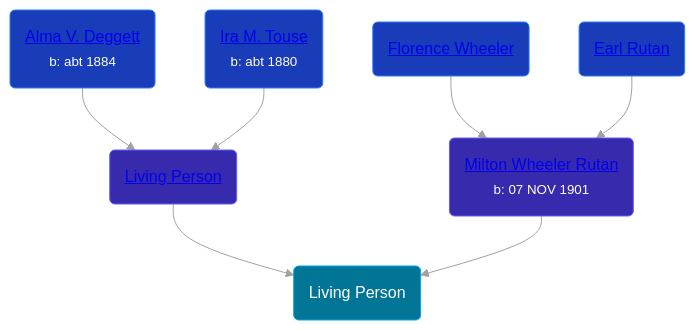
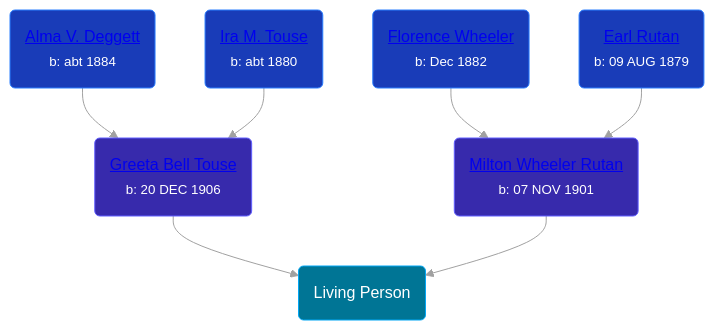
One commit to wpmgotkh/wpmgotkh.github.io changed the diagram in pages/people/5/53455468.md. Above: the diagram before and after it, drawn with Mermaid. The commit also changed other lines of this file and 56 other files, not shown here.

````diff
--- a/pages/people/5/53455468.md
+++ b/pages/people/5/53455468.md
@@ -10,14 +10,14 @@
 ```mermaid
 graph
 classDef grands fill:#193cb8,stroke:#2b7fff,stroke-width:1px,color:#fff;
 classDef parents fill:#372aac,stroke:#615fff,stroke-width:1px,color:#fff;
 classDef primary fill:#007595,stroke:#00a6f4,stroke-width:1px,color:#fff;
 53455468(Living Person):::primary
-61135838(<a class="text-white" href="/people/6/61135838">Living Person</a>):::parents-->53455468
+61135838(<a class="text-white" href="/people/6/61135838">Greeta Bell Touse</a><br /><small>b: 20 DEC 1906</small>):::parents-->53455468
 42271632(<a class="text-white" href="/people/4/42271632">Alma V. Deggett</a><br /><small>b: abt 1884</small>):::grands-->61135838
 43588740(<a class="text-white" href="/people/4/43588740">Ira M. Touse</a><br /><small>b: abt 1880</small>):::grands-->61135838
 20825556(<a class="text-white" href="/people/2/20825556">Milton Wheeler Rutan</a><br /><small>b: 07 NOV 1901</small>):::parents-->53455468
-48964520(<a class="text-white" href="/people/4/48964520">Florence Wheeler</a>):::grands-->20825556
-29949376(<a class="text-white" href="/people/2/29949376">Earl Rutan</a>):::grands-->20825556
+48964520(<a class="text-white" href="/people/4/48964520">Florence Wheeler</a><br /><small>b: Dec 1882</small>):::grands-->20825556
+29949376(<a class="text-white" href="/people/2/29949376">Earl Rutan</a><br /><small>b: 09 AUG 1879</small>):::grands-->20825556
 linkStyle default stroke:#a1a1a1
 ```
````
